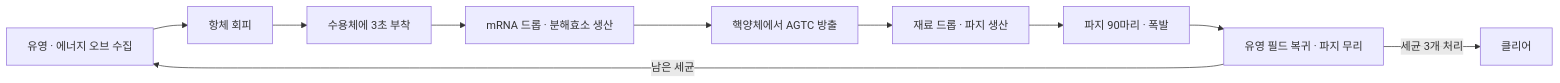
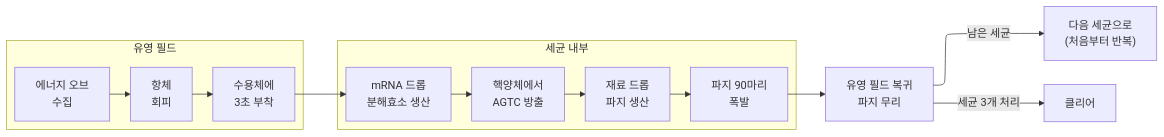
Before and after one commit to Lets-Gitit/portfolio: the first of 8 diagrams in src/0-super-phage/기술 문서.md, drawn with Mermaid. The commit also changed other lines of this file and 1 other file, not shown here.

Commit message:
코드, 다이어그램 개선

````diff
--- a/src/0-super-phage/기술 문서.md
+++ b/src/0-super-phage/기술 문서.md
@@ -57,12 +57,17 @@
 ```mermaid
+---
+config:
+  layout: elk
+---
 flowchart LR
-    A["유영 · 에너지 오브 수집"] --> B["항체 회피"]
-    B --> C["수용체에 3초 부착"]
-    C --> D["mRNA 드롭 · 분해효소 생산"]
-    D --> E["핵양체에서 AGTC 방출"]
-    E --> F["재료 드롭 · 파지 생산"]
-    F --> G["파지 90마리 · 폭발"]
-    G --> H["유영 필드 복귀 · 파지 무리"]
-    H -->|"남은 세균"| A
+    subgraph Swim["유영 필드"]
+        A["에너지 오브<br/>수집"] --> B["항체<br/>회피"] --> C["수용체에<br/>3초 부착"]
+    end
+    subgraph Bac["세균 내부"]
+        D["mRNA 드롭<br/>분해효소 생산"] --> E["핵양체에서<br/>AGTC 방출"] --> F["재료 드롭<br/>파지 생산"] --> G["파지 90마리<br/>폭발"]
+    end
+    C --> D
+    G --> H["유영 필드 복귀<br/>파지 무리"]
+    H -->|"남은 세균"| R["다음 세균으로<br/>(처음부터 반복)"]
     H -->|"세균 3개 처리"| I["클리어"]
 ```
````
